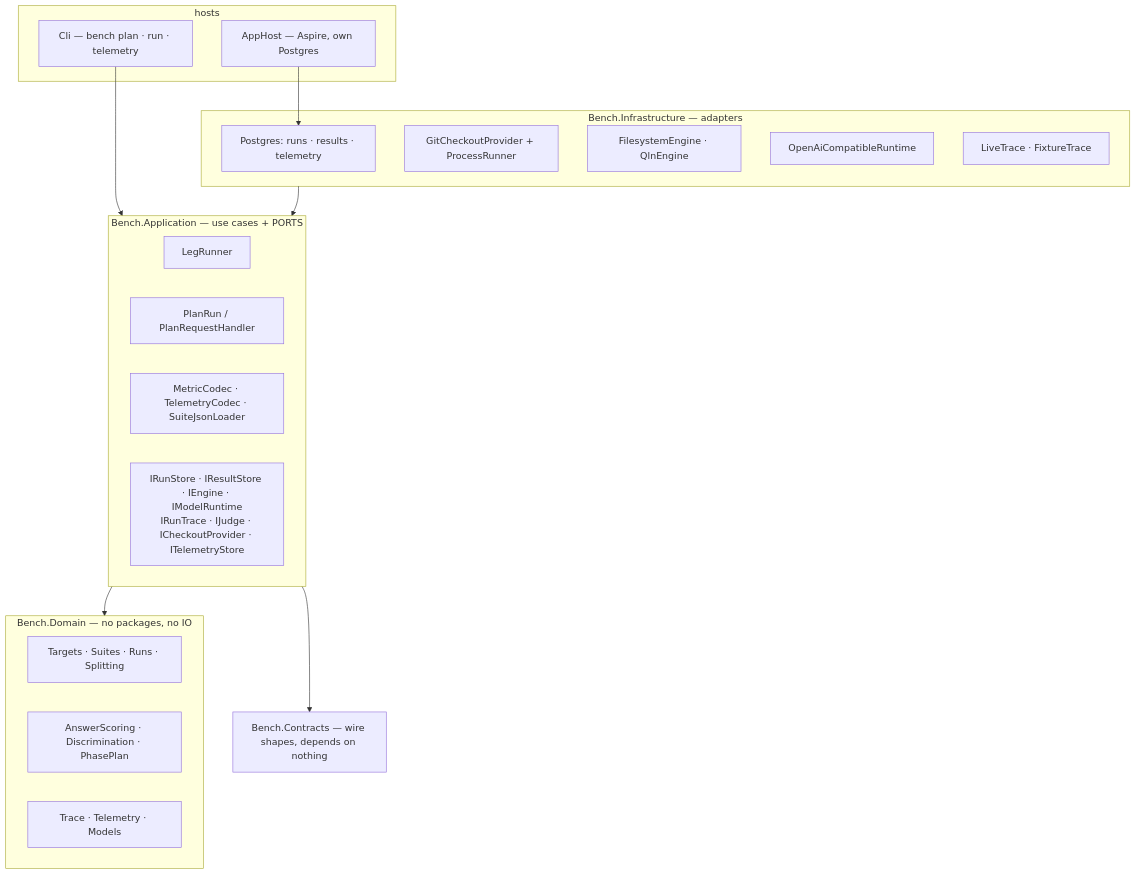
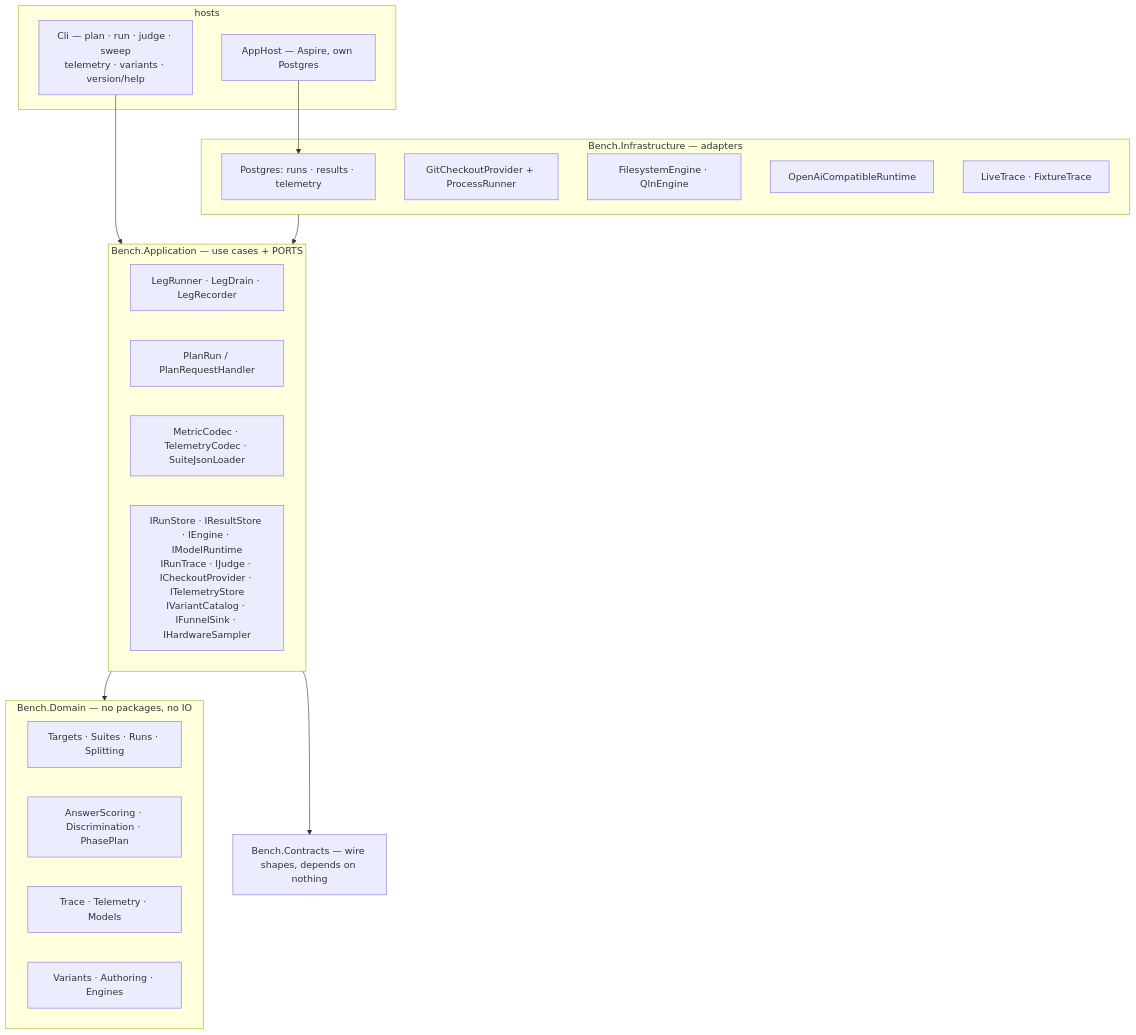
One commit to oleksandrdubyna88/dew_flow_benchmark changed the first of 2 diagrams in research/architecture.md. Above: the diagram before and after it, drawn with Mermaid. The commit also changed other lines of this file and 1 other file, not shown here.

Commit message:
docs(research): the CLI grew four verbs the diagram never learned
- architecture: the layer diagram described a CLI of three verbs (plan, run,
  telemetry) when Program.cs:56-67 dispatches seven — judge and sweep have their
  own prose sections in this very file. The app subgraph omitted LegDrain and
  LegRecorder, its ports node omitted IVariantCatalog, IFunnelSink and
  IHardwareSampler, and the domain node omitted Variants, Authoring and Engines.
  Also a cross-reference pointing "below" at a section that is above it, and a
  status date a day behind the file's own last rewrite.
- PLAN_tool_telemetry_v0: the open tail said the product host does not register
  the sink. It does, as of this morning — dew_flow_rag_qln · hosts/Daemon/
  Program.cs:120-121, from the config key Rag:Telemetry:SpoolDirectory. The tail
  narrows rather than closes: what is still unproven is the drain, since no
  spool from a real server run has been ingested end to end. That is the one
  claim the plan cannot settle by reading code — it needs a run.

todo/README.md's stale PLAN_rag_bench_repo status line was left alone; another
session holds that file.

````diff
--- a/research/architecture.md
+++ b/research/architecture.md
@@ -19,32 +19,33 @@
 ```mermaid
 flowchart TB
     subgraph hosts["hosts"]
-        cli["Cli — bench plan · run · telemetry"]
+        cli["Cli — plan · run · judge · sweep<br/>telemetry · variants · version/help"]
         apphost["AppHost — Aspire, own Postgres"]
     end
     subgraph app["Bench.Application — use cases + PORTS"]
-        runner["LegRunner"]
+        runner["LegRunner · LegDrain · LegRecorder"]
         plan["PlanRun / PlanRequestHandler"]
         codecs["MetricCodec · TelemetryCodec · SuiteJsonLoader"]
-        ports["IRunStore · IResultStore · IEngine · IModelRuntime<br/>IRunTrace · IJudge · ICheckoutProvider · ITelemetryStore"]
+        ports["IRunStore · IResultStore · IEngine · IModelRuntime<br/>IRunTrace · IJudge · ICheckoutProvider · ITelemetryStore<br/>IVariantCatalog · IFunnelSink · IHardwareSampler"]
     end
     subgraph dom["Bench.Domain — no packages, no IO"]
         contract["Targets · Suites · Runs · Splitting"]
         scoring["AnswerScoring · Discrimination · PhasePlan"]
         obs["Trace · Telemetry · Models"]
+        axes["Variants · Authoring · Engines"]
     end
     subgraph infra["Bench.Infrastructure — adapters"]
         pg["Postgres: runs · results · telemetry"]
         git["GitCheckoutProvider + ProcessRunner"]
         eng["FilesystemEngine · QlnEngine"]
         rt["OpenAiCompatibleRuntime"]
         tr["LiveTrace · FixtureTrace"]
     end
     contracts["Bench.Contracts — wire shapes, depends on nothing"]
 
     cli --> app
     apphost --> pg
     app --> dom
     infra --> app
     app --> contracts
 ```
````
